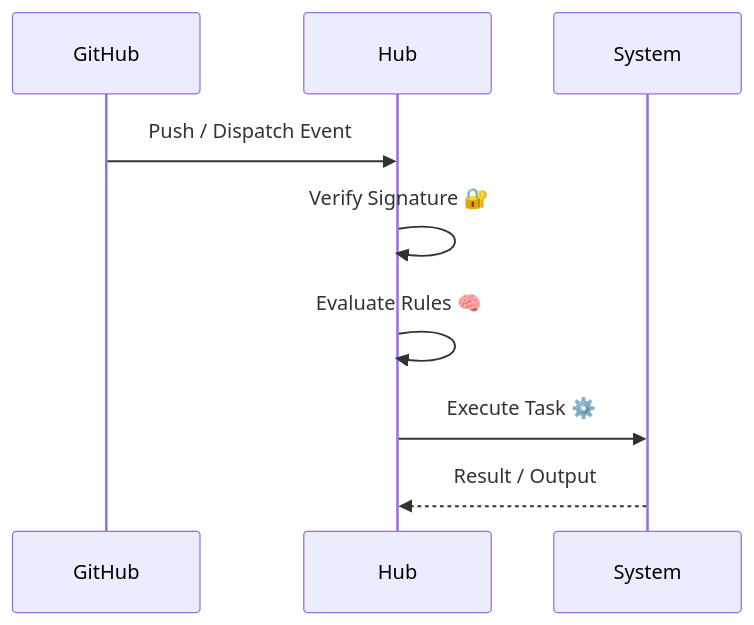
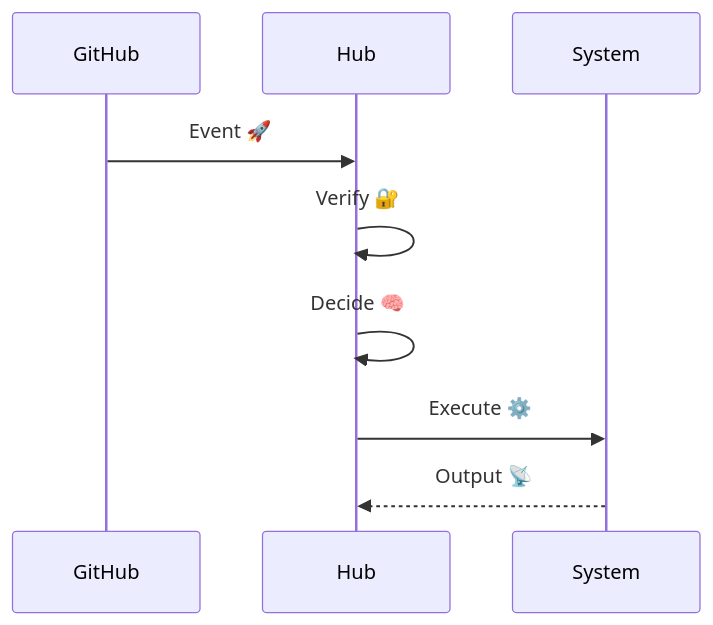
One commit to ruh-al-tarikh/System-Automation-Hub changed the second of 2 diagrams in README.md. Above: the diagram before and after it, drawn with Mermaid. The commit also changed other lines of this file, not shown here.

````diff
--- a/README.md
+++ b/README.md
@@ -99,12 +112,12 @@
 ```mermaid
 sequenceDiagram
     participant G as GitHub
     participant H as Hub
     participant S as System
 
-    G->>H: Push / Dispatch Event
-    H->>H: Verify Signature 🔐
-    H->>H: Evaluate Rules 🧠
-    H->>S: Execute Task ⚙️
-    S-->>H: Result / Output
+    G->>H: Event 🚀
+    H->>H: Verify 🔐
+    H->>H: Decide 🧠
+    H->>S: Execute ⚙️
+    S-->>H: Output 📡
 ```
````
